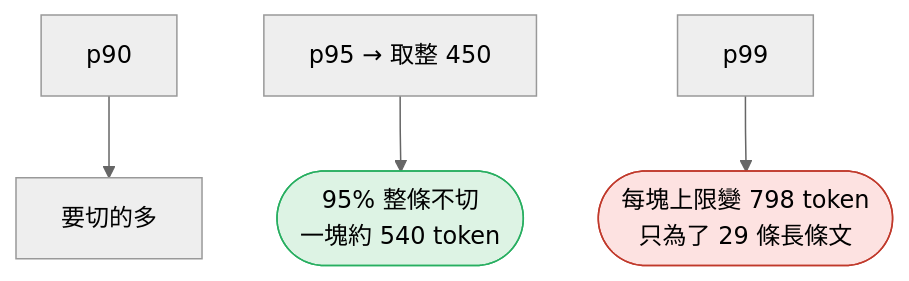
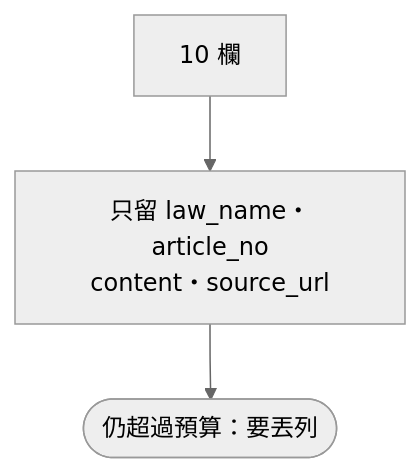
One commit to 4-learn/data-analysis-and-process-demo changed the seventh of 9 diagrams in docs/17.md. Above: the diagram before and after it, drawn with Mermaid (neutral theme). The commit also changed other lines of this file and 189 other files, not shown here.

````diff
--- a/docs/17.md
+++ b/docs/17.md
@@ -182,10 +214,6 @@
 ```mermaid
 flowchart TD
-    A["p90"] --> A1["要切的多"]
-    B["p95 → 取整 450"] --> B1(["95% 整條不切<br/>一塊約 540 token"])
-    C["p99"] --> C1(["每塊上限變 798 token<br/>只為了 29 條長條文"])
+    A["10 欄"] --> B["只留 law_name・article_no<br/>content・source_url"] --> C(["仍超過預算：要丟列"])
     classDef bad fill:#fde2e1,stroke:#c0392b
     classDef good fill:#ddf3e4,stroke:#27ae60
-    class C1 bad
-    class B1 good
 ```
````
